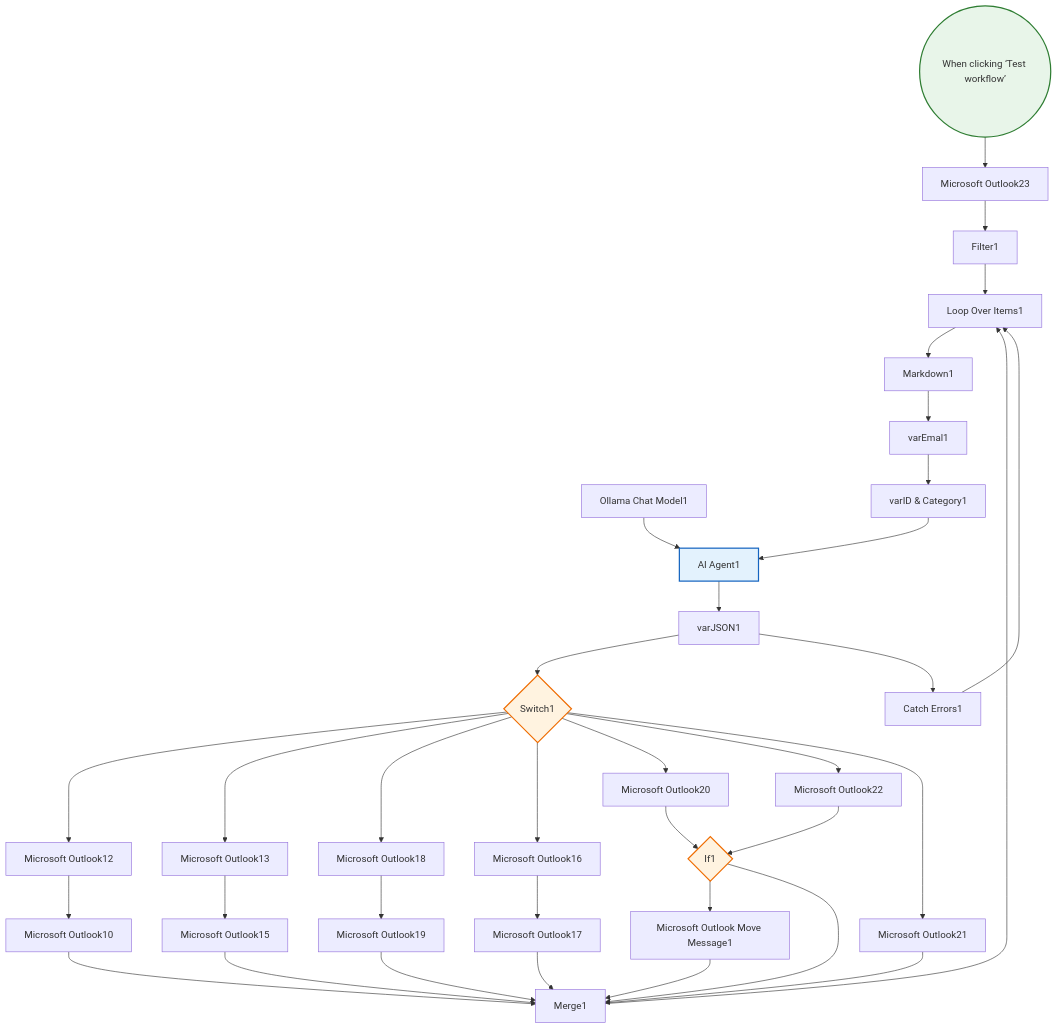
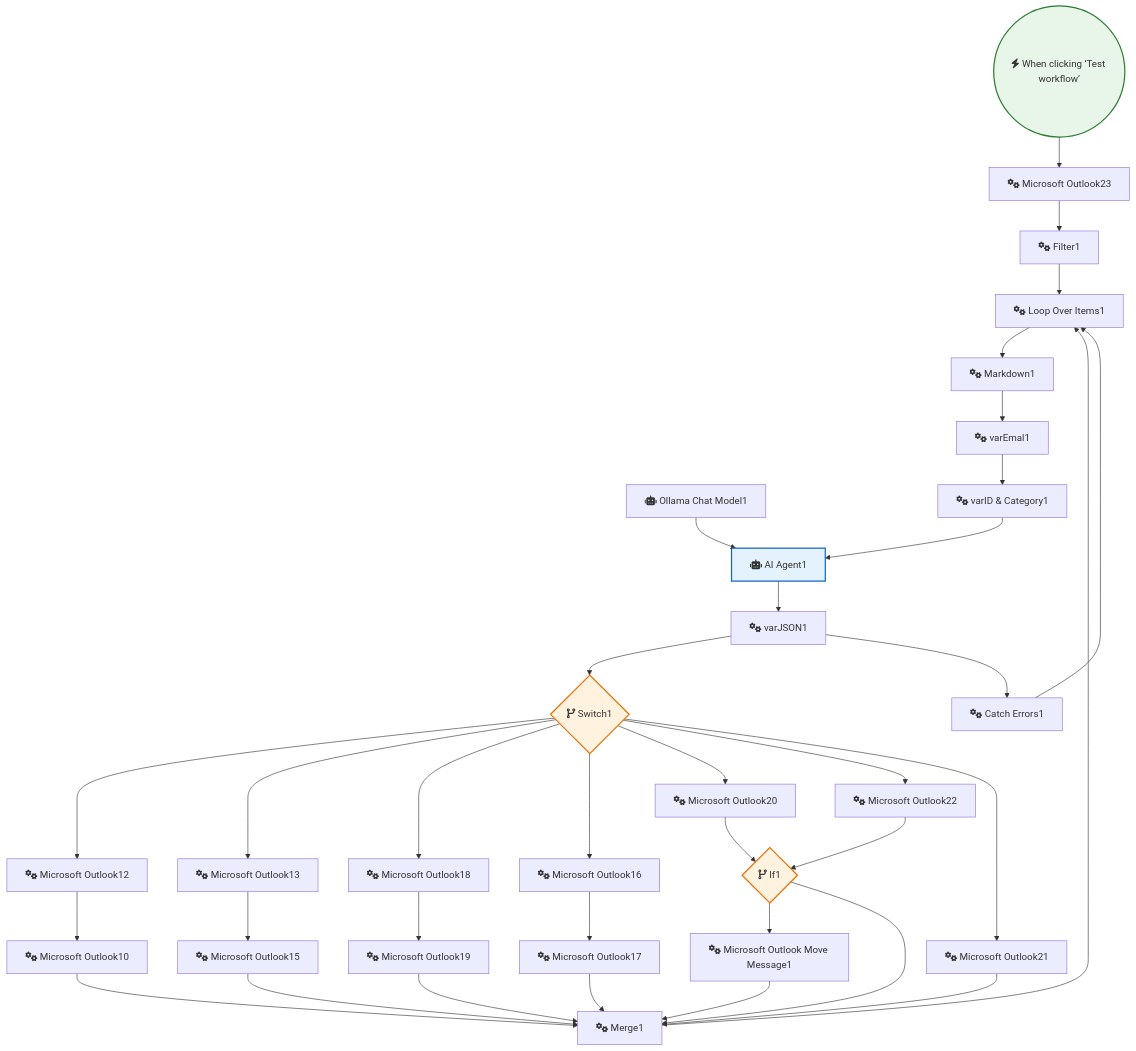
The diagram in Gmail_and_Email_Automation/Auto Categorise Outlook Emails with AI.md (sreyash3105/N8N-DEMO-AUTOMATIONS), drawn with Mermaid before and after one commit. The commit also changed 291 other files, not shown here.

````diff
--- a/Gmail_and_Email_Automation/Auto Categorise Outlook Emails with AI.md
+++ b/Gmail_and_Email_Automation/Auto Categorise Outlook Emails with AI.md
@@ -1,68 +1,68 @@
 ```mermaid
 graph TD
     classDef trigger fill:#e8f5e9,stroke:#2e7d32,stroke-width:2px;
     classDef ai fill:#e3f2fd,stroke:#1565c0,stroke-width:2px;
     classDef logic fill:#fff3e0,stroke:#ef6c00,stroke-width:2px;
 
-    When_clicking__Test_workflow_(("When clicking ‘Test workflow’")):::trigger
-    Ollama_Chat_Model1["Ollama Chat Model1"]
-    Microsoft_Outlook10["Microsoft Outlook10"]
-    Microsoft_Outlook12["Microsoft Outlook12"]
-    Loop_Over_Items1["Loop Over Items1"]
-    Microsoft_Outlook13["Microsoft Outlook13"]
-    Microsoft_Outlook15["Microsoft Outlook15"]
-    Microsoft_Outlook16["Microsoft Outlook16"]
-    Microsoft_Outlook17["Microsoft Outlook17"]
-    Microsoft_Outlook18["Microsoft Outlook18"]
-    Microsoft_Outlook19["Microsoft Outlook19"]
-    Markdown1["Markdown1"]
-    varEmal1["varEmal1"]
-    Microsoft_Outlook20["Microsoft Outlook20"]
-    Microsoft_Outlook21["Microsoft Outlook21"]
-    Filter1["Filter1"]
-    If1{"If1"}:::logic
-    Microsoft_Outlook22["Microsoft Outlook22"]
-    Catch_Errors1["Catch Errors1"]
-    varJSON1["varJSON1"]
-    Microsoft_Outlook23["Microsoft Outlook23"]
-    varID___Category1["varID & Category1"]
-    Microsoft_Outlook_Move_Message1["Microsoft Outlook Move Message1"]
-    AI_Agent1["AI Agent1"]:::ai
-    Merge1["Merge1"]
-    Switch1{"Switch1"}:::logic
+    When_clicking__Test_workflow_(("fas:fa-bolt When clicking ‘Test workflow’")):::trigger
+    Ollama_Chat_Model1["fas:fa-robot Ollama Chat Model1"]
+    Microsoft_Outlook10["fas:fa-cogs Microsoft Outlook10"]
+    Microsoft_Outlook12["fas:fa-cogs Microsoft Outlook12"]
+    Loop_Over_Items1["fas:fa-cogs Loop Over Items1"]
+    Microsoft_Outlook13["fas:fa-cogs Microsoft Outlook13"]
+    Microsoft_Outlook15["fas:fa-cogs Microsoft Outlook15"]
+    Microsoft_Outlook16["fas:fa-cogs Microsoft Outlook16"]
+    Microsoft_Outlook17["fas:fa-cogs Microsoft Outlook17"]
+    Microsoft_Outlook18["fas:fa-cogs Microsoft Outlook18"]
+    Microsoft_Outlook19["fas:fa-cogs Microsoft Outlook19"]
+    Markdown1["fas:fa-cogs Markdown1"]
+    varEmal1["fas:fa-cogs varEmal1"]
+    Microsoft_Outlook20["fas:fa-cogs Microsoft Outlook20"]
+    Microsoft_Outlook21["fas:fa-cogs Microsoft Outlook21"]
+    Filter1["fas:fa-cogs Filter1"]
+    If1{"fas:fa-code-branch If1"}:::logic
+    Microsoft_Outlook22["fas:fa-cogs Microsoft Outlook22"]
+    Catch_Errors1["fas:fa-cogs Catch Errors1"]
+    varJSON1["fas:fa-cogs varJSON1"]
+    Microsoft_Outlook23["fas:fa-cogs Microsoft Outlook23"]
+    varID___Category1["fas:fa-cogs varID & Category1"]
+    Microsoft_Outlook_Move_Message1["fas:fa-cogs Microsoft Outlook Move Message1"]
+    AI_Agent1["fas:fa-robot AI Agent1"]:::ai
+    Merge1["fas:fa-cogs Merge1"]
+    Switch1{"fas:fa-code-branch Switch1"}:::logic
 
     If1 --> Microsoft_Outlook_Move_Message1
     If1 --> Merge1
     Merge1 --> Loop_Over_Items1
     Filter1 --> Loop_Over_Items1
     Switch1 --> Microsoft_Outlook12
     Switch1 --> Microsoft_Outlook13
     Switch1 --> Microsoft_Outlook18
     Switch1 --> Microsoft_Outlook16
     Switch1 --> Microsoft_Outlook20
     Switch1 --> Microsoft_Outlook22
     Switch1 --> Microsoft_Outlook21
     varEmal1 --> varID___Category1
     varJSON1 --> Switch1
     varJSON1 --> Catch_Errors1
     AI_Agent1 --> varJSON1
     Markdown1 --> varEmal1
     Catch_Errors1 --> Loop_Over_Items1
     Loop_Over_Items1 --> Markdown1
     varID___Category1 --> AI_Agent1
     Ollama_Chat_Model1 --> AI_Agent1
     Microsoft_Outlook10 --> Merge1
     Microsoft_Outlook12 --> Microsoft_Outlook10
     Microsoft_Outlook13 --> Microsoft_Outlook15
     Microsoft_Outlook15 --> Merge1
     Microsoft_Outlook16 --> Microsoft_Outlook17
     Microsoft_Outlook17 --> Merge1
     Microsoft_Outlook18 --> Microsoft_Outlook19
     Microsoft_Outlook19 --> Merge1
     Microsoft_Outlook20 --> If1
     Microsoft_Outlook21 --> Merge1
     Microsoft_Outlook22 --> If1
     Microsoft_Outlook23 --> Filter1
     Microsoft_Outlook_Move_Message1 --> Merge1
     When_clicking__Test_workflow_ --> Microsoft_Outlook23
 ```
````
